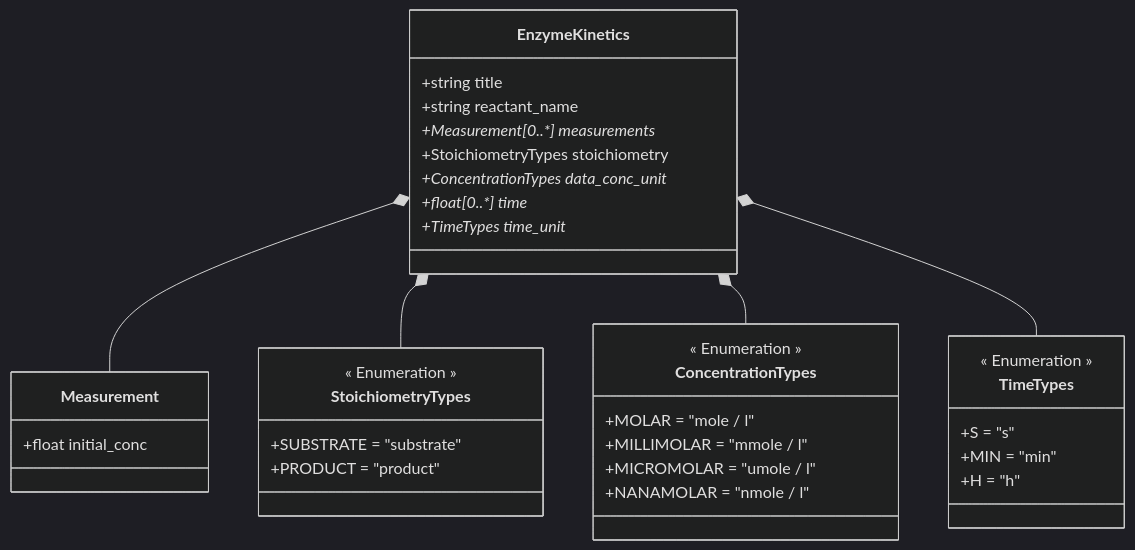
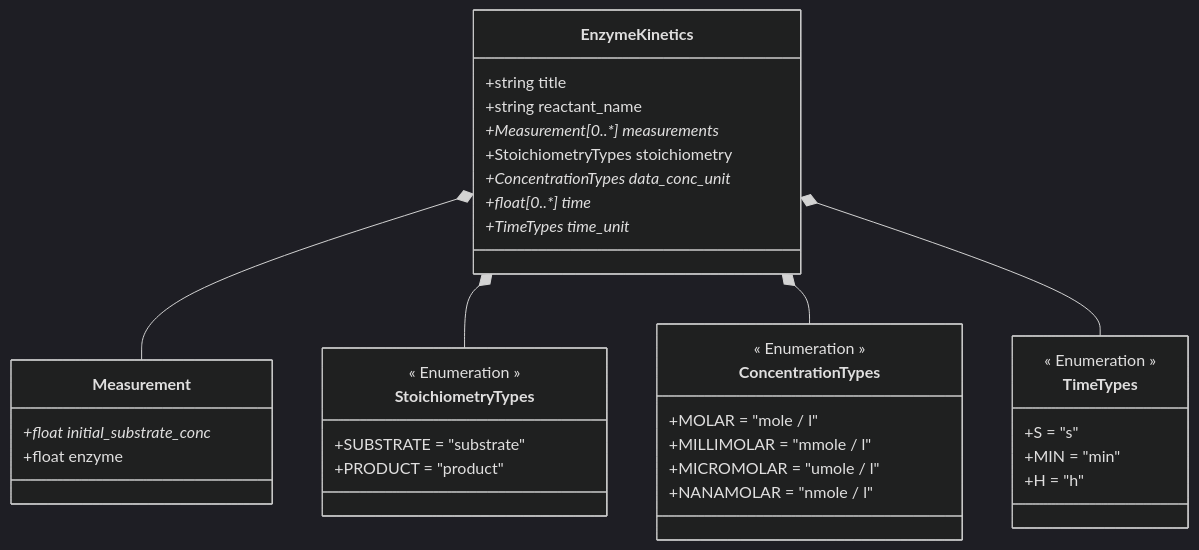
Before and after one commit to FAIRChemistry/EnzymePynetics: the diagram in EnzymeKinetics/schemes/EnzymeKineticsDatamodel.md, drawn with Mermaid (dark theme). The commit also changed 3 other files, not shown here.

````diff
--- a/EnzymeKinetics/schemes/EnzymeKineticsDatamodel.md
+++ b/EnzymeKinetics/schemes/EnzymeKineticsDatamodel.md
@@ -1,43 +1,44 @@
 ```mermaid
 classDiagram
     EnzymeKinetics *-- Measurement
     EnzymeKinetics *-- StoichiometryTypes
     EnzymeKinetics *-- ConcentrationTypes
     EnzymeKinetics *-- TimeTypes
     
     class EnzymeKinetics {
         +string title
         +string reactant_name
         +Measurement[0..*] measurements*
         +StoichiometryTypes stoichiometry
         +ConcentrationTypes data_conc_unit*
         +float[0..*] time*
         +TimeTypes time_unit*
     }
     
     class Measurement {
-        +float initial_conc
+        +float initial_substrate_conc*
+        +float enzyme
     }
     
     class StoichiometryTypes {
         << Enumeration >>
         +SUBSTRATE = "substrate"
         +PRODUCT = "product"
     }
     
     class ConcentrationTypes {
         << Enumeration >>
         +MOLAR = "mole / l"
         +MILLIMOLAR = "mmole / l"
         +MICROMOLAR = "umole / l"
         +NANAMOLAR = "nmole / l"
     }
     
     class TimeTypes {
         << Enumeration >>
         +S = "s"
         +MIN = "min"
         +H = "h"
     }
     
 ```
````
